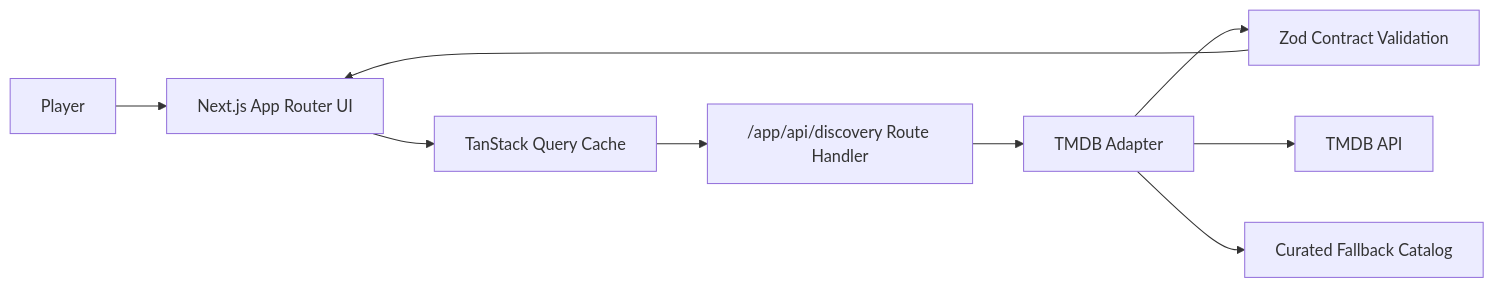
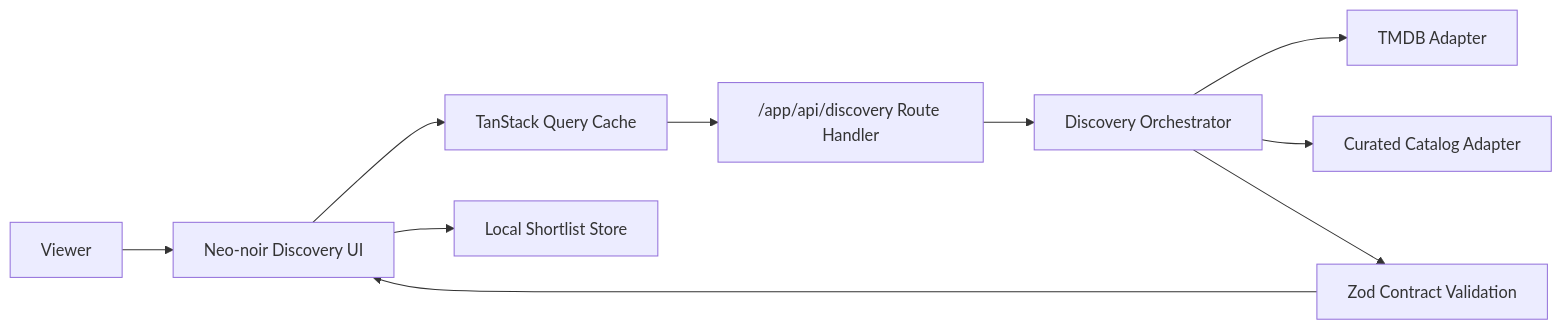
The diagram in README.md (AibSyed/film-forage), drawn with Mermaid before and after one commit. The commit also changed other lines of this file and 48 other files, not shown here.

Commit message:
feat: full v3 rewrite with zero-legacy architecture (#31)

````diff
--- a/README.md
+++ b/README.md
@@ -12,11 +18,12 @@
 ```mermaid
 flowchart LR
-  U["Player"] --> UI["Next.js App Router UI"]
+  U["Viewer"] --> UI["Neo-noir Discovery UI"]
   UI --> Q["TanStack Query Cache"]
   Q --> RH["/app/api/discovery Route Handler"]
-  RH --> AD["TMDB Adapter"]
-  AD --> Z["Zod Contract Validation"]
-  AD --> TMDB["TMDB API"]
-  AD --> FB["Curated Fallback Catalog"]
+  RH --> ORCH["Discovery Orchestrator"]
+  ORCH --> TMDB["TMDB Adapter"]
+  ORCH --> CUR["Curated Catalog Adapter"]
+  ORCH --> Z["Zod Contract Validation"]
   Z --> UI
+  UI --> LS["Local Shortlist Store"]
 ```
````
